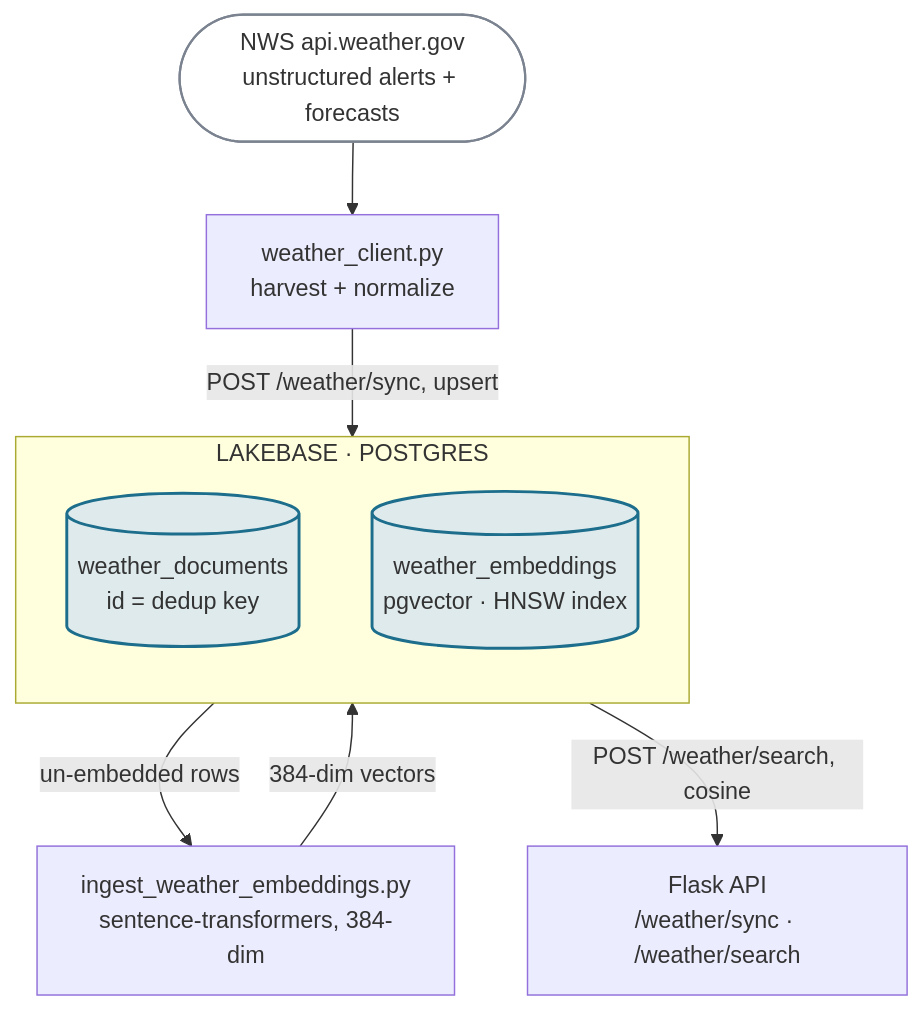
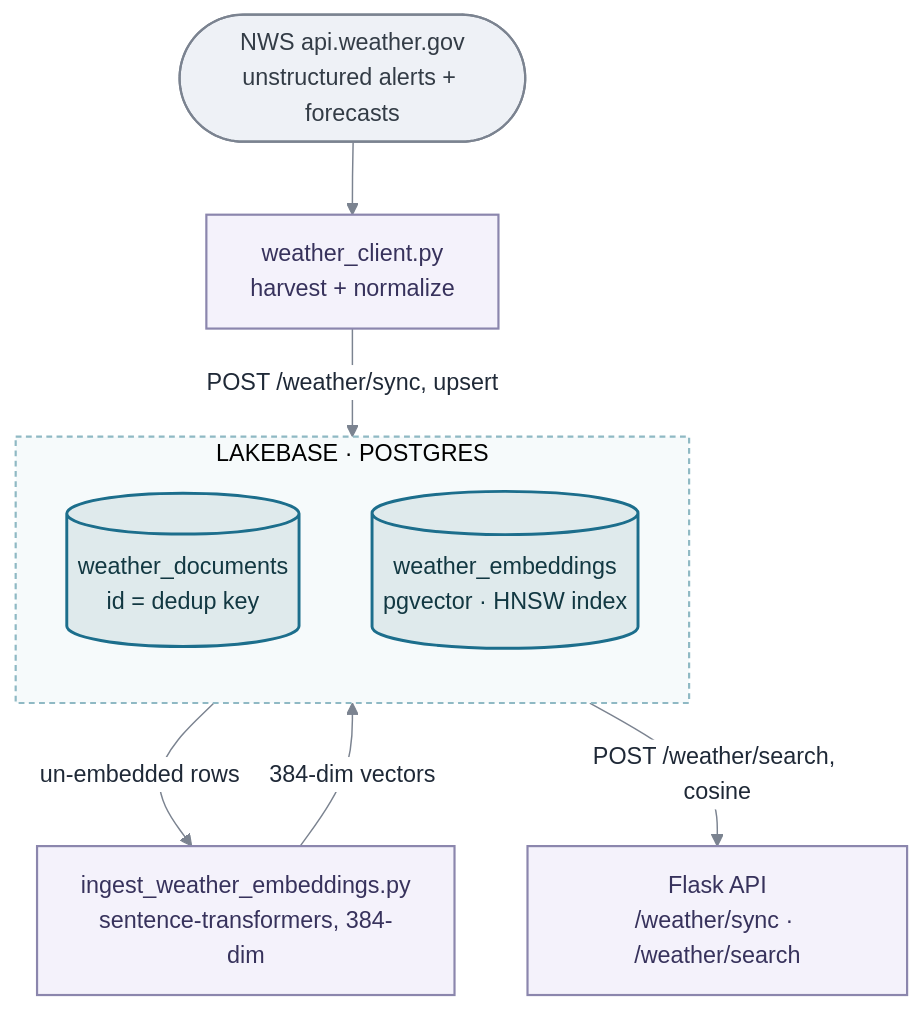
One commit to DBishal13/databricks-ai-capstone changed the third of 5 diagrams in README.md. Above: the diagram before and after it, drawn with Mermaid. The commit also changed other lines of this file, not shown here.

First line of the commit message:
Fix washed-out Mermaid node colors on GitHub with an explicit base theme

````diff
--- a/README.md
+++ b/README.md
@@ -165,20 +177,25 @@
 ```mermaid
+%%{init: {"theme": "base", "themeVariables": {"primaryColor": "#ffffff", "primaryBorderColor": "#7b8390", "primaryTextColor": "#1f2937", "lineColor": "#7b8390"}}}%%
 flowchart TD
     NWS(["NWS api.weather.gov<br/>unstructured alerts + forecasts"]) --> Client["weather_client.py<br/>harvest + normalize"]
 
     subgraph LAKEBASE["LAKEBASE · POSTGRES"]
         direction TB
         Docs[("weather_documents<br/>id = dedup key")]
         Vec[("weather_embeddings<br/>pgvector · HNSW index")]
     end
 
     Client -->|POST /weather/sync, upsert| Docs
     Docs -->|un-embedded rows| Embed["ingest_weather_embeddings.py<br/>sentence-transformers, 384-dim"]
     Embed -->|384-dim vectors| Vec
     Vec -->|POST /weather/search, cosine| API["Flask API<br/>/weather/sync · /weather/search"]
 
-    classDef hub fill:#dfeaec,stroke:#1c6e8c,stroke-width:2px;
-    classDef ext fill:#ffffff,stroke:#7b8390,stroke-width:1.5px;
+    style LAKEBASE fill:#f6fafb,stroke:#8fb9c4,stroke-width:1.5px,stroke-dasharray:4 3
+
+    classDef hub fill:#dfeaec,stroke:#1c6e8c,stroke-width:2px,color:#123842;
+    classDef ext fill:#eef1f6,stroke:#7b8390,stroke-width:1.5px,color:#333c46;
+    classDef proc fill:#f4f2fb,stroke:#8b86ad,stroke-width:1.5px,color:#37325c;
     class Docs,Vec hub
     class NWS ext
+    class Client,Embed,API proc
 ```
````
